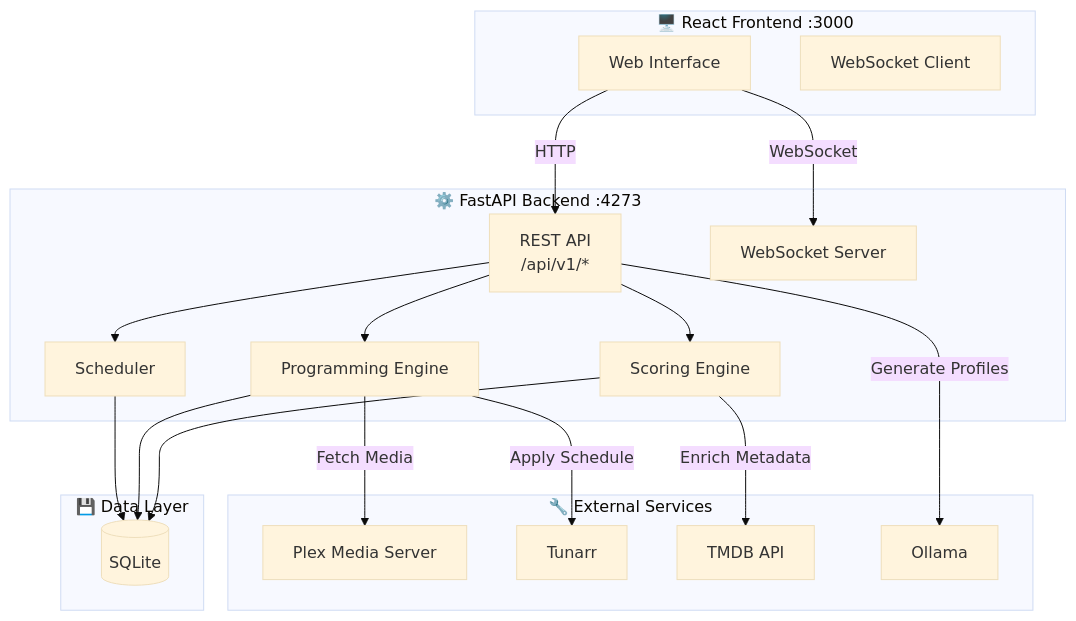
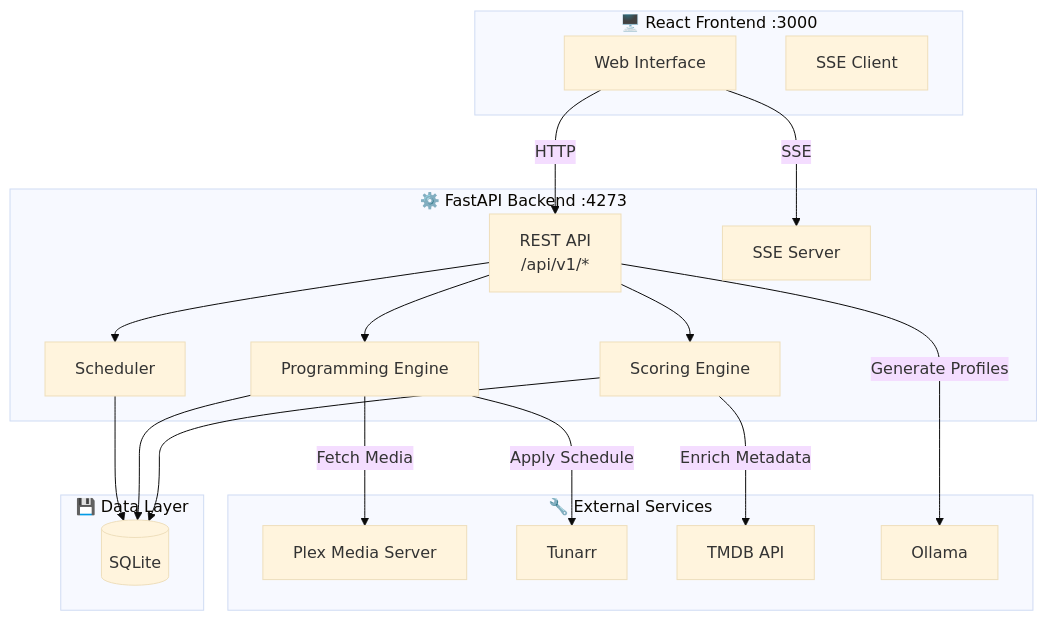
Before and after one commit to sharkhunterr/smartunarr: the first of 2 diagrams in README.md, drawn with Mermaid (base theme). The commit also changed other lines of this file and 10 other files, not shown here.

First line of the commit message:
refactor: Replace WebSocket with SSE, add banner to README

````diff
--- a/README.md
+++ b/README.md
@@ -244,42 +244,42 @@
 ```mermaid
 flowchart TB
     subgraph Frontend["🖥️ React Frontend :3000"]
         UI[Web Interface]
-        WS[WebSocket Client]
+        SSE[SSE Client]
     end
 
     subgraph Backend["⚙️ FastAPI Backend :4273"]
         API[REST API<br/>/api/v1/*]
         SCORE[Scoring Engine]
         PROG[Programming Engine]
         SCHED[Scheduler]
-        WSS[WebSocket Server]
+        SSES[SSE Server]
     end
 
     subgraph Data["💾 Data Layer"]
         DB[(SQLite)]
     end
 
     subgraph Services["🔧 External Services"]
         PLEX[Plex Media Server]
         TUNARR[Tunarr]
         TMDB[TMDB API]
         OLLAMA[Ollama]
     end
 
     UI -->|HTTP| API
-    UI -->|WebSocket| WSS
+    UI -->|SSE| SSES
 
     API --> SCORE
     API --> PROG
     API --> SCHED
 
     SCORE --> DB
     PROG --> DB
     SCHED --> DB
 
     PROG -->|Fetch Media| PLEX
     PROG -->|Apply Schedule| TUNARR
     SCORE -->|Enrich Metadata| TMDB
     API -->|Generate Profiles| OLLAMA
 ```
````
